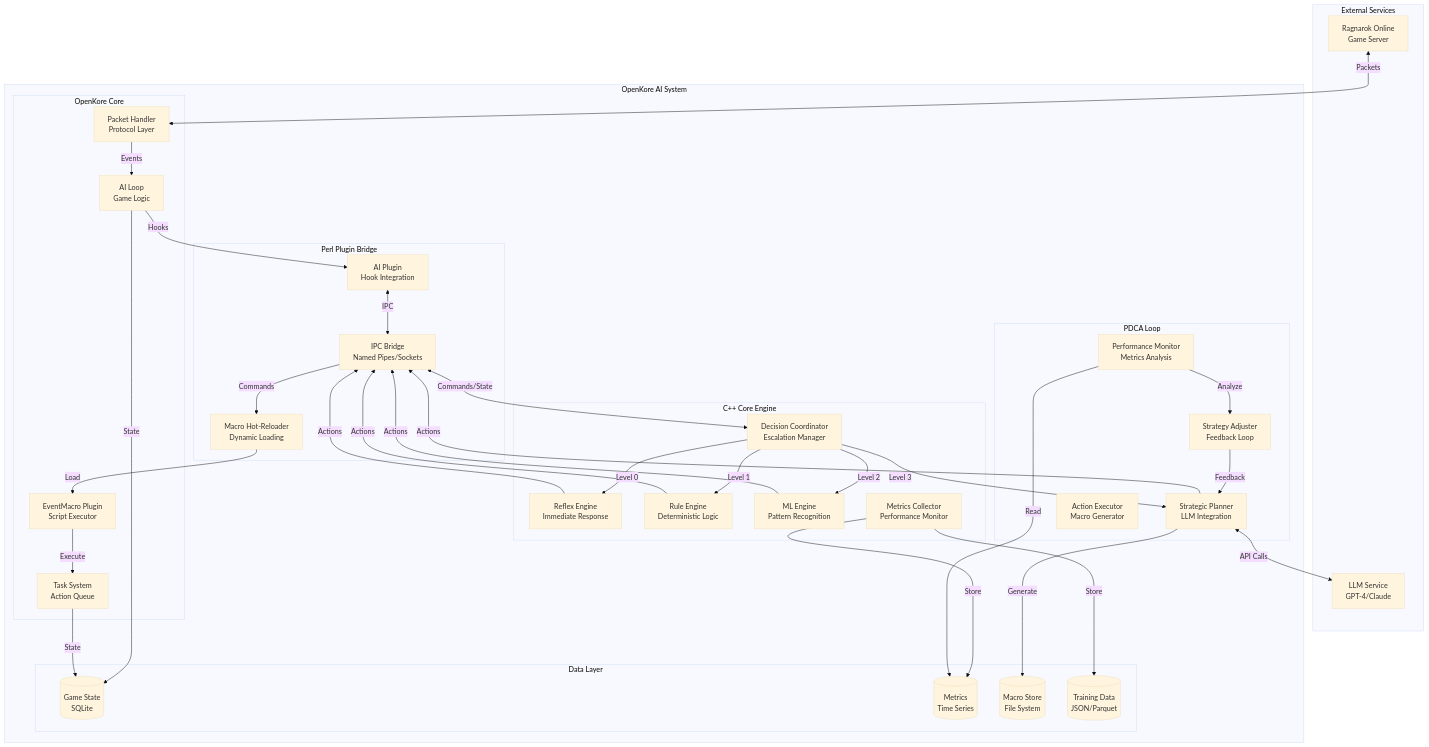
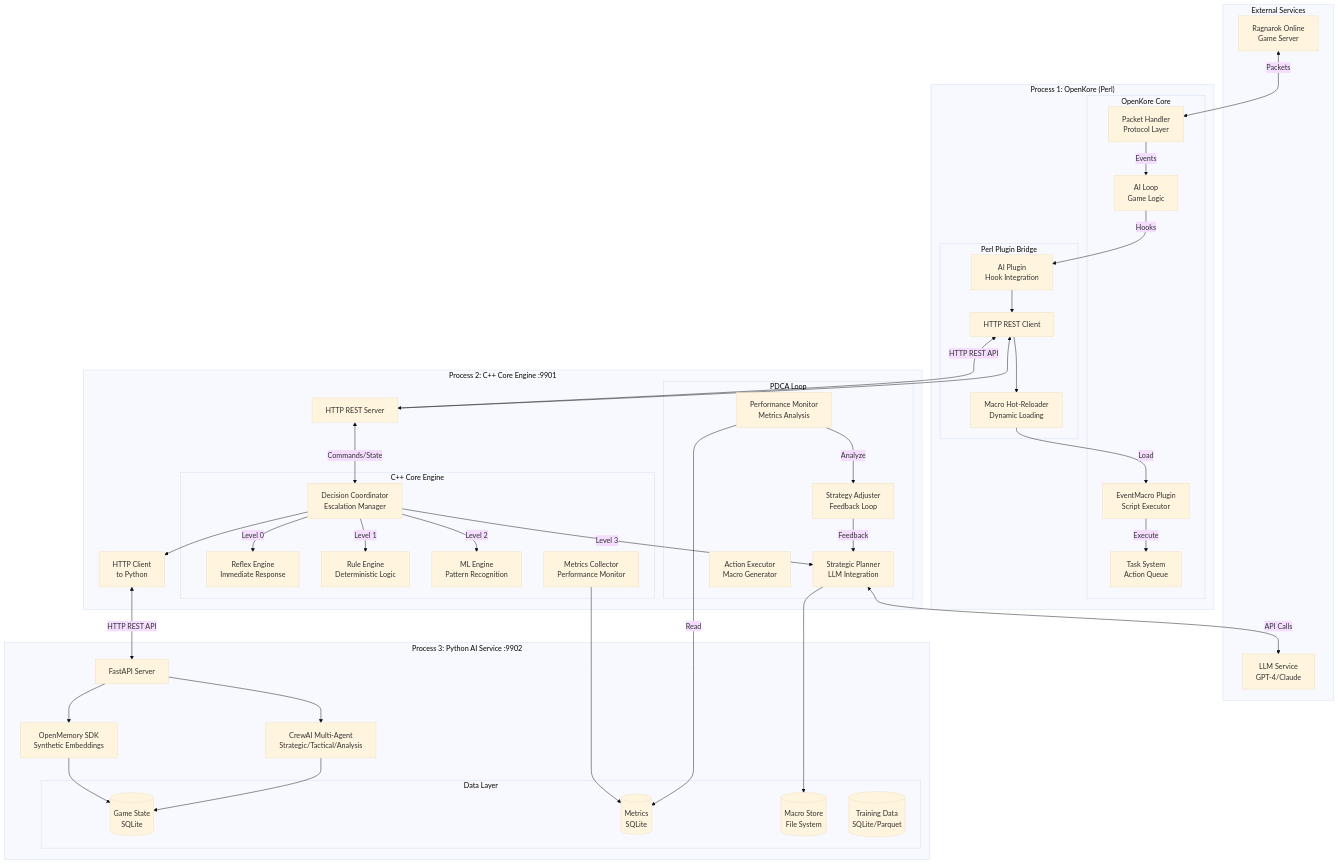
Before and after one commit to iskandarsulaili/openkore-ai: the first of 9 diagrams in openkore-ai/plans/advanced-ai-architecture.md, drawn with Mermaid (base theme). The commit also changed other lines of this file and 8 other files, not shown here.

````diff
--- a/openkore-ai/plans/advanced-ai-architecture.md
+++ b/openkore-ai/plans/advanced-ai-architecture.md
@@ -53,7 +59,24 @@
         GameServer[Ragnarok Online<br/>Game Server]
     end
 
-    subgraph OpenKore AI System
+    subgraph "Process 1: OpenKore (Perl)"
+        subgraph OpenKore Core
+            AILoop[AI Loop<br/>Game Logic]
+            TaskSystem[Task System<br/>Action Queue]
+            PacketHandler[Packet Handler<br/>Protocol Layer]
+            EventMacro[EventMacro Plugin<br/>Script Executor]
+        end
+
+        subgraph Perl Plugin Bridge
+            AIPlugin[AI Plugin<br/>Hook Integration]
+            HTTPClient1[HTTP REST Client]
+            MacroReloader[Macro Hot-Reloader<br/>Dynamic Loading]
+        end
+    end
+
+    subgraph "Process 2: C++ Core Engine :9901"
+        HTTPServer[HTTP REST Server]
+        
         subgraph C++ Core Engine
             ReflexEngine[Reflex Engine<br/>Immediate Response]
             RuleEngine[Rule Engine<br/>Deterministic Logic]
@@ -62,39 +85,35 @@
             MetricsCollector[Metrics Collector<br/>Performance Monitor]
         end
 
-        subgraph Perl Plugin Bridge
-            AIPlugin[AI Plugin<br/>Hook Integration]
-            IPCBridge[IPC Bridge<br/>Named Pipes/Sockets]
-            MacroReloader[Macro Hot-Reloader<br/>Dynamic Loading]
-        end
-
-        subgraph OpenKore Core
-            AILoop[AI Loop<br/>Game Logic]
-            TaskSystem[Task System<br/>Action Queue]
-            PacketHandler[Packet Handler<br/>Protocol Layer]
-            EventMacro[EventMacro Plugin<br/>Script Executor]
-        end
-
         subgraph PDCA Loop
             Planner[Strategic Planner<br/>LLM Integration]
             Executor[Action Executor<br/>Macro Generator]
             Monitor[Performance Monitor<br/>Metrics Analysis]
             Adjuster[Strategy Adjuster<br/>Feedback Loop]
         end
+        
+        HTTPClient2[HTTP Client<br/>to Python]
+    end
 
+    subgraph "Process 3: Python AI Service :9902"
+        FastAPIServer[FastAPI Server]
+        OpenMemorySDK[OpenMemory SDK<br/>Synthetic Embeddings]
+        CrewAIFramework[CrewAI Multi-Agent<br/>Strategic/Tactical/Analysis]
+        
         subgraph Data Layer
             GameStateDB[(Game State<br/>SQLite)]
-            MetricsDB[(Metrics<br/>Time Series)]
+            MetricsDB[(Metrics<br/>SQLite)]
             MacroStore[(Macro Store<br/>File System)]
-            TrainingData[(Training Data<br/>JSON/Parquet)]
+            TrainingData[(Training Data<br/>SQLite/Parquet)]
         end
     end
 
     GameServer <-->|Packets| PacketHandler
     PacketHandler -->|Events| AILoop
     AILoop -->|Hooks| AIPlugin
-    AIPlugin <-->|IPC| IPCBridge
-    IPCBridge <-->|Commands/State| DecisionCoordinator
+    AIPlugin --> HTTPClient1
+    HTTPClient1 <-->|HTTP REST API| HTTPServer
+    HTTPServer <-->|Commands/State| DecisionCoordinator
     
     DecisionCoordinator -->|Level 0| ReflexEngine
     DecisionCoordinator -->|Level 1| RuleEngine
@@ -102,17 +121,23 @@
     DecisionCoordinator -->|Level 3| Planner
     
     Planner <-->|API Calls| LLM
-    ReflexEngine & RuleEngine & MLEngine & Planner -->|Actions| IPCBridge
-    IPCBridge -->|Commands| MacroReloader
+    
+    HTTPClient2 <-->|HTTP REST API| FastAPIServer
+    DecisionCoordinator --> HTTPClient2
+    FastAPIServer --> OpenMemorySDK
+    FastAPIServer --> CrewAIFramework
+    
+    OpenMemorySDK --> GameStateDB
+    CrewAIFramework --> GameStateDB
+    MetricsCollector --> MetricsDB
+    Planner --> MacroStore
+    
+    HTTPServer --> HTTPClient1
+    HTTPClient1 --> MacroReloader
     MacroReloader -->|Load| EventMacro
     EventMacro -->|Execute| TaskSystem
     
-    MetricsCollector -->|Store| MetricsDB
-    MetricsCollector -->|Store| TrainingData
-    Planner -->|Generate| MacroStore
     Monitor -->|Read| MetricsDB
     Monitor -->|Analyze| Adjuster
     Adjuster -->|Feedback| Planner
-    
-    AILoop & TaskSystem -->|State| GameStateDB
 ```
````
